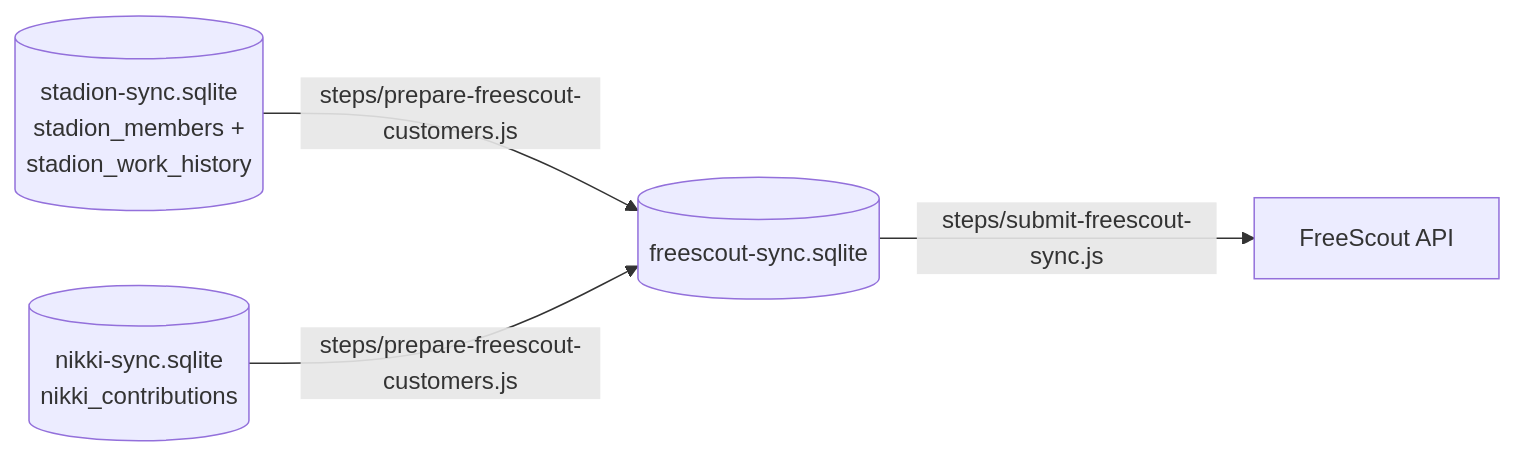
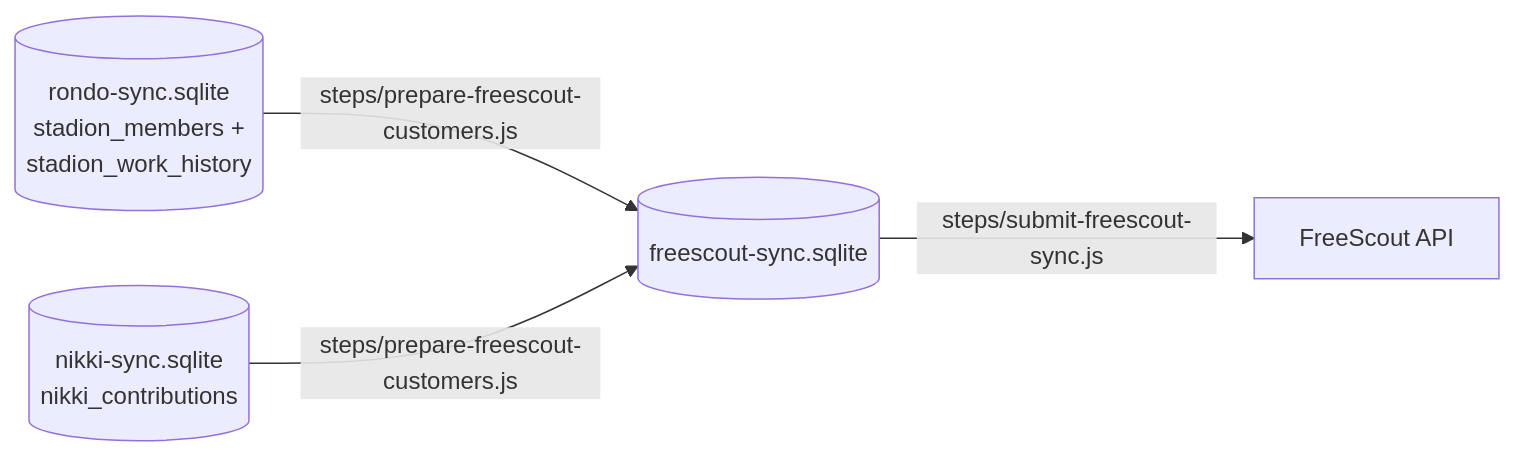
Before and after one commit to jdevalk/sportlink-sync: the sixth of 8 diagrams in docs/sync-architecture.md, drawn with Mermaid. The commit also changed other lines of this file and 14 other files, not shown here.

First line of the commit message:
docs(04-02): update high-visibility docs from Sportlink Sync to Rondo Sync

````diff
--- a/docs/sync-architecture.md
+++ b/docs/sync-architecture.md
@@ -414,11 +414,11 @@
 ```mermaid
 graph LR
-    DB_S[(stadion-sync.sqlite<br>stadion_members +<br>stadion_work_history)]
+    DB_S[(rondo-sync.sqlite<br>stadion_members +<br>stadion_work_history)]
     DB_N[(nikki-sync.sqlite<br>nikki_contributions)]
     DB_F[(freescout-sync.sqlite)]
     FS[FreeScout API]
 
     DB_S -->|steps/prepare-freescout-customers.js| DB_F
     DB_N -->|steps/prepare-freescout-customers.js| DB_F
     DB_F -->|steps/submit-freescout-sync.js| FS
 ```
````
